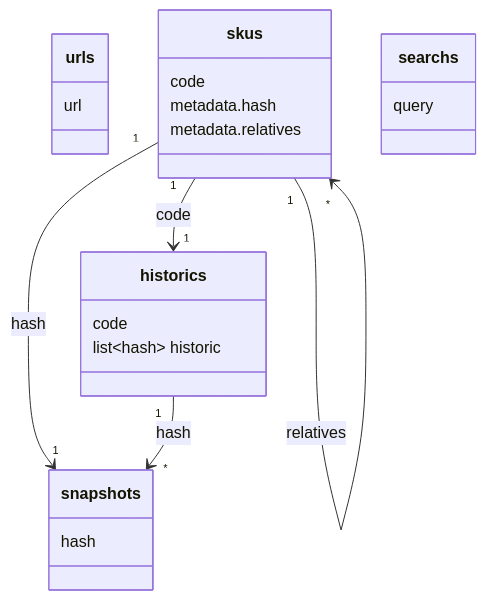
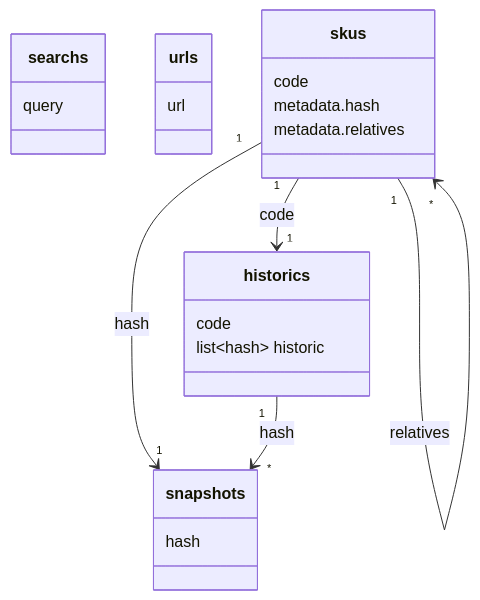
Before and after one commit to la-catalog/DATABASE: the diagram in MONGODB.md, drawn with Mermaid. The commit also changed other lines of this file, not shown here.

````diff
--- a/MONGODB.md
+++ b/MONGODB.md
@@ -6,30 +6,30 @@
 ```mermaid
 classDiagram
+  class searchs{
+    query
+  }
+  
   class urls{
     url
   }
   
   class skus{
     code
     metadata.hash
     metadata.relatives
   }
 
   class historics{
     code
     list~hash~ historic
   }
 
   class snapshots{
     hash
   }
   
-  class searchs{
-    query
-  }
-  
   skus "1" --> "1" historics : code
   skus "1" --> "1" snapshots : hash
   skus "1" --> "*" skus : relatives
   historics "1" --> "*" snapshots : hash
 ```
````
